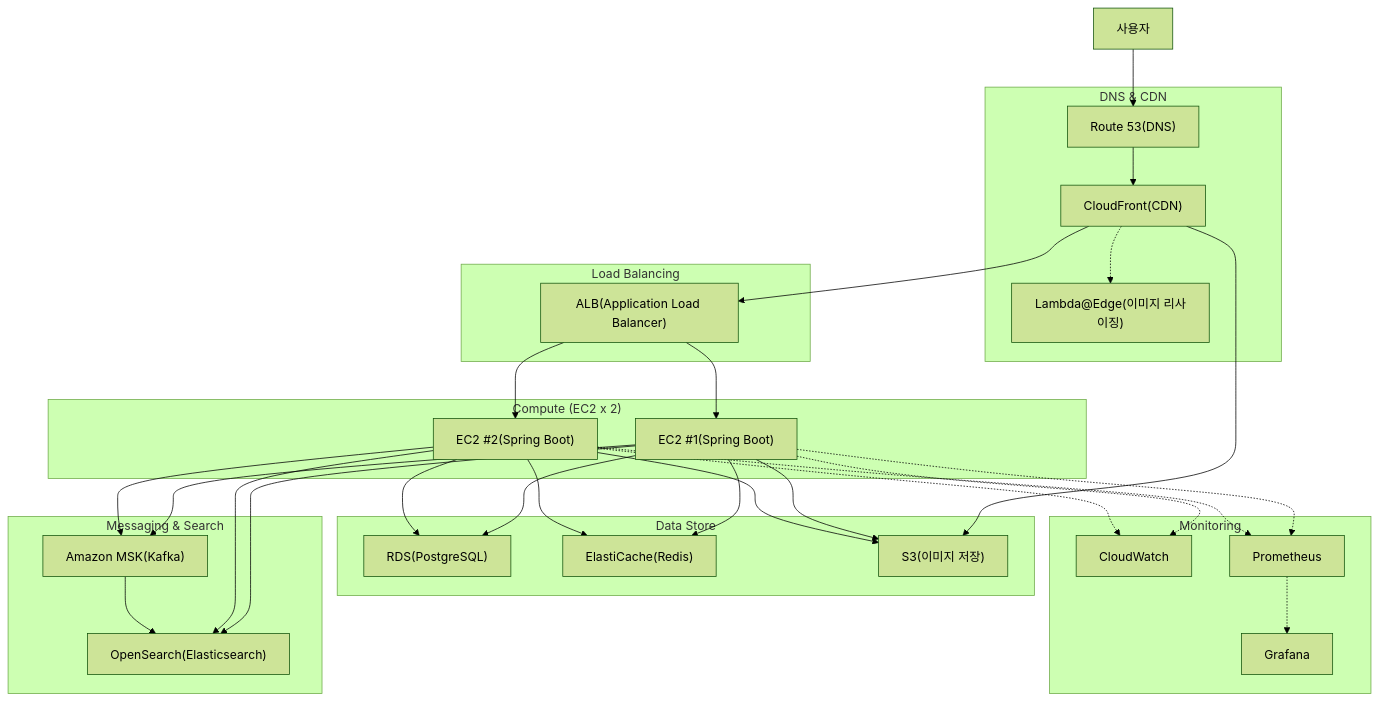
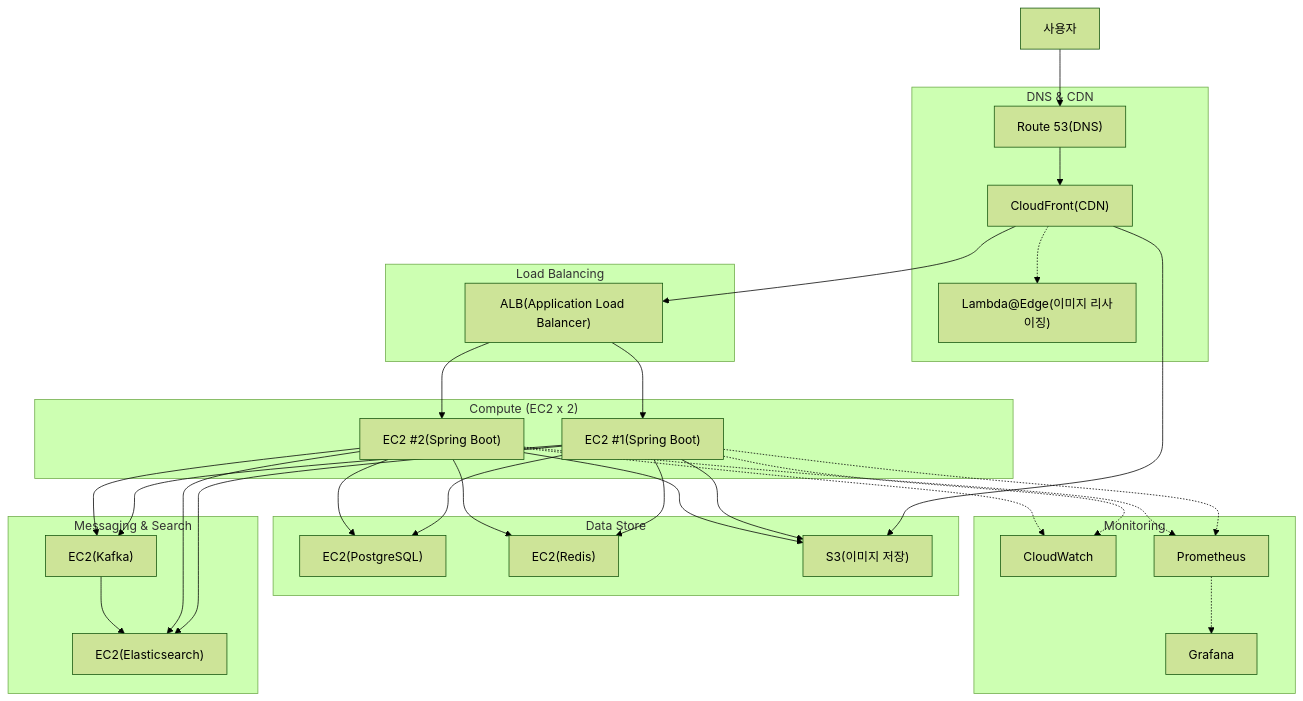
One commit to sky96027/biddo changed the diagram in docs/Biddo-중고_경매_시스템(Used_Auction_System).md. Above: the diagram before and after it, drawn with Mermaid (forest theme). The commit also changed other lines of this file and 6 other files, not shown here.

````diff
--- a/docs/Biddo-중고_경매_시스템(Used_Auction_System).md
+++ b/docs/Biddo-중고_경매_시스템(Used_Auction_System).md
@@ -81,65 +81,65 @@
 ```mermaid
 flowchart TB
     User["사용자"]
     
     subgraph DNS_CDN["DNS & CDN"]
         Route53["Route 53(DNS)"]
         CloudFront["CloudFront(CDN)"]
         Lambda["Lambda@Edge(이미지 리사이징)"]
     end
 
     subgraph LB["Load Balancing"]
         ALB["ALB(Application Load Balancer)"]
     end
 
     subgraph Compute["Compute (EC2 x 2)"]
         EC2_1["EC2 #1(Spring Boot)"]
         EC2_2["EC2 #2(Spring Boot)"]
     end
 
     subgraph DataStore["Data Store"]
-        RDS["RDS(PostgreSQL)"]
-        Redis["ElastiCache(Redis)"]
+        RDS["EC2(PostgreSQL)"]
+        Redis["EC2(Redis)"]
         S3["S3(이미지 저장)"]
     end
 
     subgraph Messaging["Messaging & Search"]
-        MSK["Amazon MSK(Kafka)"]
-        OpenSearch["OpenSearch(Elasticsearch)"]
+        MSK["EC2(Kafka)"]
+        OpenSearch["EC2(Elasticsearch)"]
     end
 
     subgraph Monitoring["Monitoring"]
         CW["CloudWatch"]
         Prometheus["Prometheus"]
         Grafana["Grafana"]
     end
 
     User --> Route53
     Route53 --> CloudFront
     CloudFront --> ALB
     CloudFront --> S3
     CloudFront -.-> Lambda
     
     ALB --> EC2_1
     ALB --> EC2_2
     
     EC2_1 --> RDS
     EC2_1 --> Redis
     EC2_1 --> MSK
     EC2_1 --> OpenSearch
     EC2_1 --> S3
     
     EC2_2 --> RDS
     EC2_2 --> Redis
     EC2_2 --> MSK
     EC2_2 --> OpenSearch
     EC2_2 --> S3
     
     MSK --> OpenSearch
     
     EC2_1 -.-> CW
     EC2_2 -.-> CW
     EC2_1 -.-> Prometheus
     EC2_2 -.-> Prometheus
     Prometheus -.-> Grafana
 ```
````
